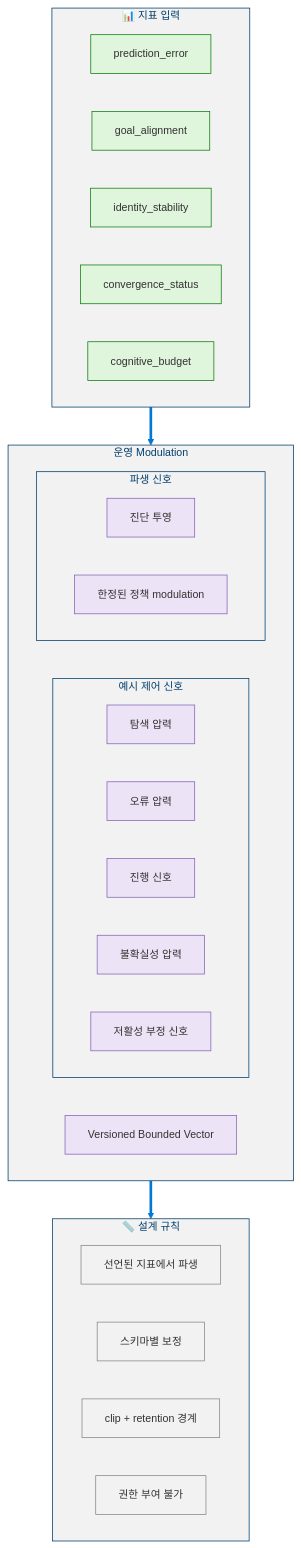
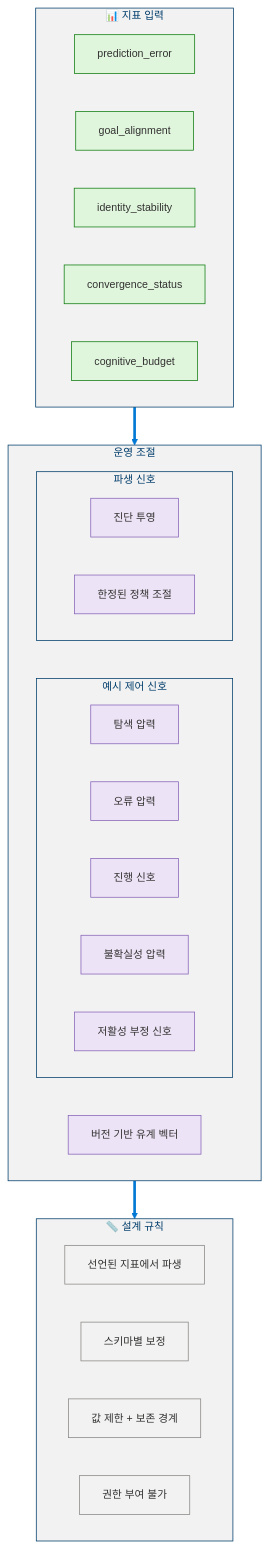
Before and after one commit to dotnetpower/mscp: diagram 14 of 19 in docs/levels/Level_3_Self_Regulating_Agent.ko.md, drawn with Mermaid. The commit also changed other lines of this file and 33 other files, not shown here.

````diff
--- a/docs/levels/Level_3_Self_Regulating_Agent.ko.md
+++ b/docs/levels/Level_3_Self_Regulating_Agent.ko.md
@@ -1061,44 +1071,44 @@
 ```mermaid
 %%{init: {'theme': 'base', 'themeVariables': {'primaryColor': '#0078D4', 'primaryTextColor': '#003D6B', 'primaryBorderColor': '#003D6B', 'secondaryColor': '#50E6FF', 'secondaryTextColor': '#323130', 'secondaryBorderColor': '#00BCF2', 'tertiaryColor': '#F2F2F2', 'tertiaryTextColor': '#323130', 'lineColor': '#0078D4', 'textColor': '#323130', 'mainBkg': '#DEECF9', 'nodeBorder': '#0078D4', 'clusterBkg': '#F2F2F2', 'clusterBorder': '#003D6B', 'titleColor': '#003D6B', 'edgeLabelBackground': '#FFFFFF', 'fontSize': '14px'}}}%%
 flowchart TD
   classDef input fill:#DFF6DD,stroke:#107C10,color:#323130
   classDef affect fill:#EDE3F6,stroke:#8764B8,color:#323130
   classDef neutral fill:#F2F2F2,stroke:#8A8886,color:#323130
 
   subgraph Input["📊 지표 입력"]
     direction LR
     M1["prediction_error"]:::input
     M2["goal_alignment"]:::input
     M3["identity_stability"]:::input
     M4["convergence_status"]:::input
     M5["cognitive_budget"]:::input
   end
 
-  subgraph AE["운영 Modulation"]
-    AF["Versioned Bounded Vector"]:::affect
+  subgraph AE["운영 조절"]
+    AF["버전 기반 유계 벡터"]:::affect
     subgraph Dims["예시 제어 신호"]
       direction LR
       D1["탐색 압력"]:::affect
       D2["오류 압력"]:::affect
       D3["진행 신호"]:::affect
       D4["불확실성 압력"]:::affect
       D5["저활성 부정 신호"]:::affect
     end
     subgraph Derived["파생 신호"]
       direction LR
       V["진단 투영"]:::affect
-      DR["한정된 정책 modulation"]:::affect
+      DR["한정된 정책 조절"]:::affect
     end
   end
 
   subgraph Rules["📏 설계 규칙"]
     direction LR
     R1["선언된 지표에서 파생"]:::neutral
     R2["스키마별 보정"]:::neutral
-    R3["clip + retention 경계"]:::neutral
+    R3["값 제한 + 보존 경계"]:::neutral
     R4["권한 부여 불가"]:::neutral
   end
 
   Input ==> AE
   AE ==> Rules
 ```
````
